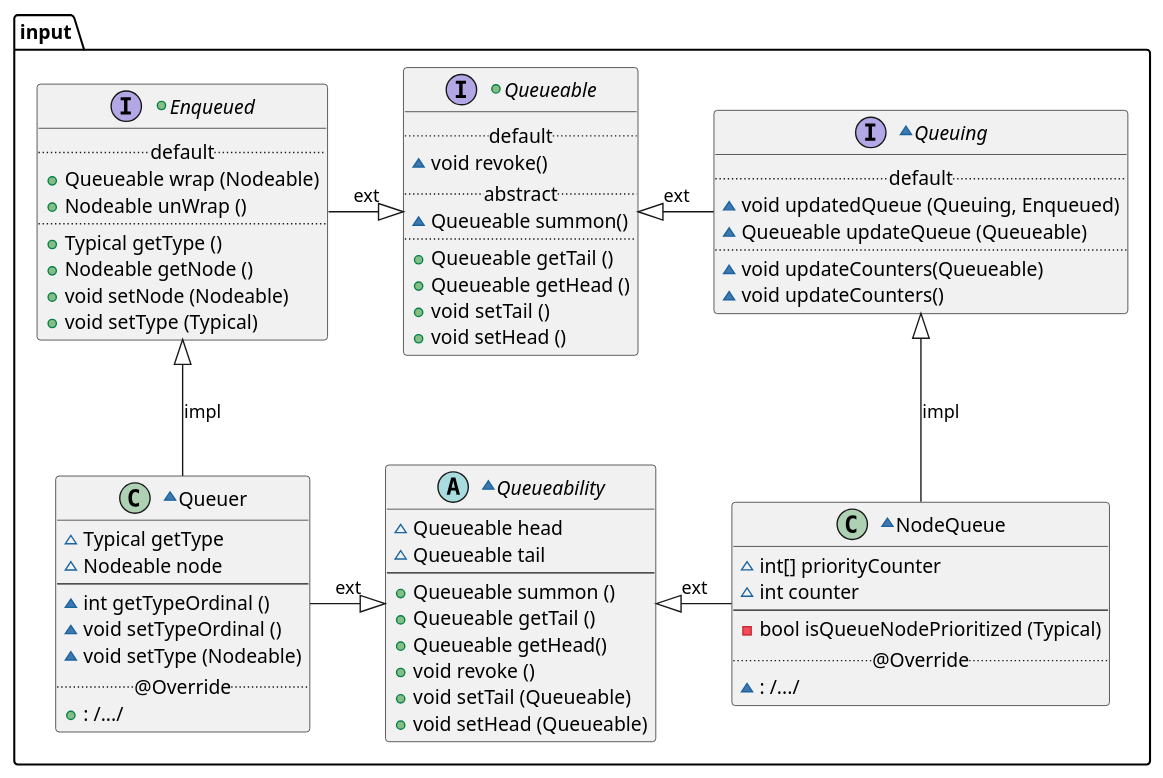
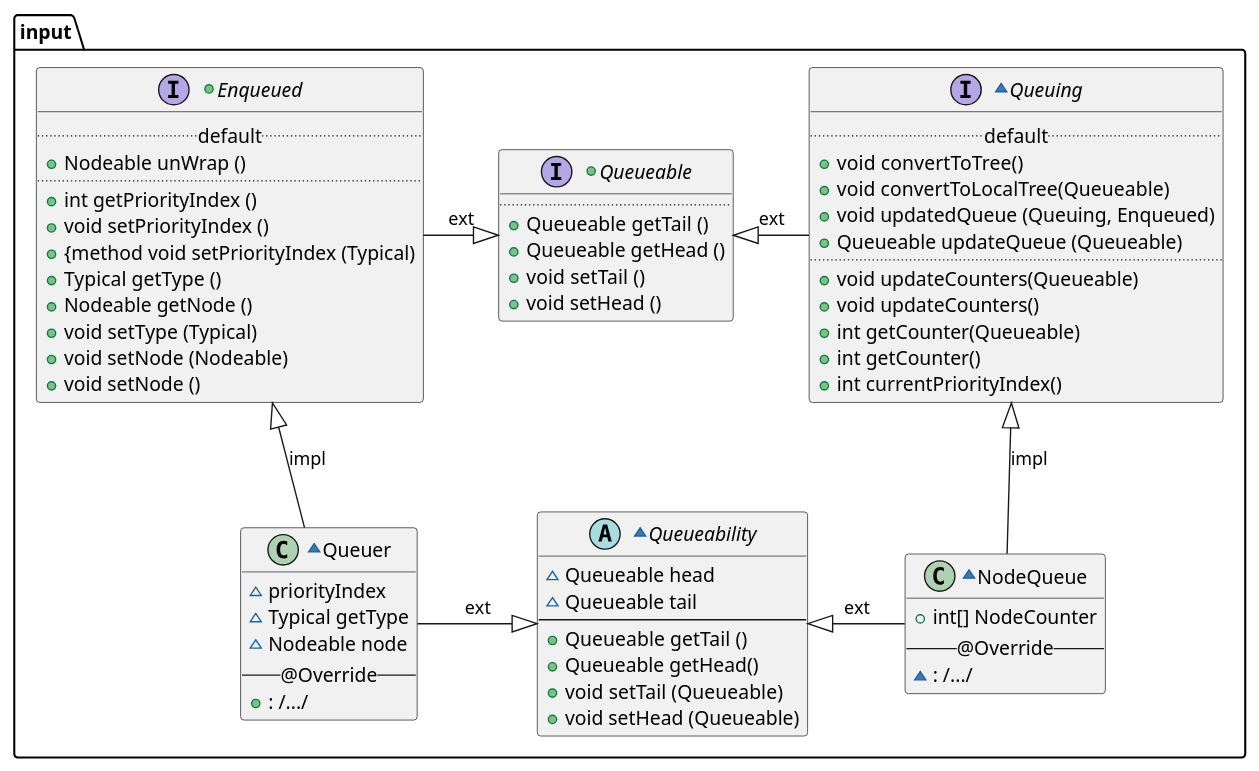
The diagram in src/main/resources/UML/input/input.puml (vitalispopoff/calculator), drawn with PlantUML before and after one commit. The commit also changed 25 other files, not shown here.

```diff
--- a/src/main/resources/UML/input/input.puml
+++ b/src/main/resources/UML/input/input.puml
@@ -1,77 +1,73 @@
 @startuml
 package input {
 
     +interface Queueable{
-        ..default..
-            ~{method} void revoke()
-        ..abstract..
-            ~{method} Queueable summon()
         ..
             +{method} Queueable getTail ()
             +{method} Queueable getHead ()
             +{method} void setTail ()
             +{method} void setHead ()
         }
 
     ~abstract class Queueability{
             ~{field} Queueable head
             ~{field} Queueable tail
         --
-            +{method} Queueable summon ()
             +{method} Queueable getTail ()
             +{method} Queueable getHead()
-            +{method} void revoke ()
             +{method} void setTail (Queueable)
             +{method} void setHead (Queueable)
     }
 
     ~interface Queuing{
         ..default..
-            ~{method} void updatedQueue (Queuing, Enqueued)
-            ~{method} Queueable updateQueue (Queueable)
+            +{method} void convertToTree()
+            +{method} void convertToLocalTree(Queueable)
+            +{method} void updatedQueue (Queuing, Enqueued)
+            +{method} Queueable updateQueue (Queueable)
         ..
-            ~{method} void updateCounters(Queueable)
-            ~{method} void updateCounters()
+            +{method} void updateCounters(Queueable)
+            +{method} void updateCounters()
+            +{method} int getCounter(Queueable)
+            +{method} int getCounter()
+            +{method} int currentPriorityIndex()
     }
 
     ~class NodeQueue{
-            ~{field} int[] priorityCounter
-            ~{field} int counter
-        --
-            -{method} bool isQueueNodePrioritized (Typical)
-        ..@Override..
+            +{field} int[] NodeCounter
+        --@Override--
             ~{method} : /.../
     }
 
     +interface Enqueued {
         ..default..
-            +{method} Queueable wrap (Nodeable)
             +{method} Nodeable unWrap ()
         ..
+            +{method} int getPriorityIndex ()
+            +{method} void setPriorityIndex ()
+            +{method void setPriorityIndex (Typical)
             +{method} Typical getType ()
             +{method} Nodeable getNode ()
+            +{method} void setType (Typical)
             +{method} void setNode (Nodeable)
-            +{method} void setType (Typical)
+            +{method} void setNode ()
     }
 
     ~class Queuer{
+            ~{field} priorityIndex
             ~{field} Typical getType
             ~{field} Nodeable node
-        --
-            ~{method} int getTypeOrdinal ()
-            ~{method} void setTypeOrdinal ()
-            ~{method} void setType (Nodeable)
-        ..@Override..
+        --@Override--
             +{method} : /.../
     }
 
     Enqueued    -|>     Queueable   :   ext
     Queueable   <|-     Queuing     :   ext
 
     Queueability   <|-     NodeQueue   :   ext
     Queuer      -|>     Queueability   :   ext
 
     Enqueued    <|--    Queuer      :   impl
     Queuing     <|--    NodeQueue   :   impl
 }
 @enduml
```
